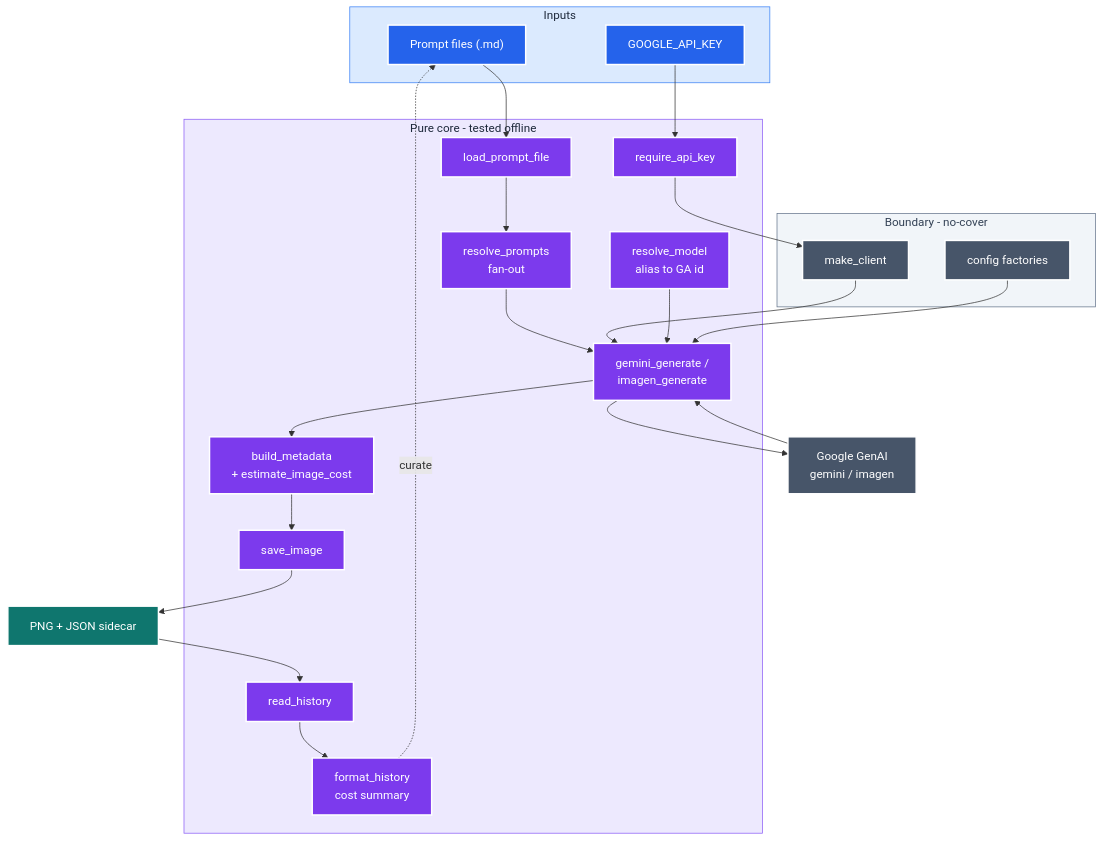
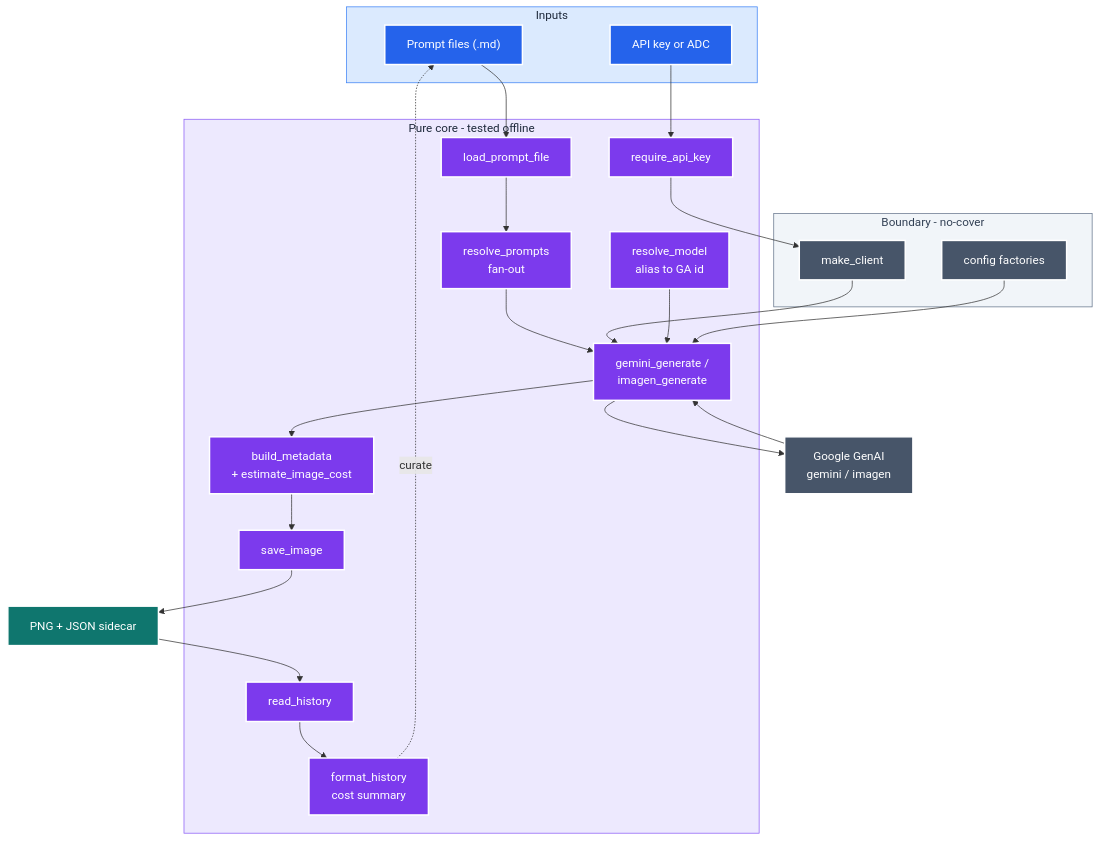
One commit to neozenith/agentic-dotfiles changed the second of 2 diagrams in skills/art-gen/README.md. Above: the diagram before and after it, drawn with Mermaid. The commit also changed other lines of this file and 18 other files, not shown here.

````diff
--- a/skills/art-gen/README.md
+++ b/skills/art-gen/README.md
@@ -91,42 +91,42 @@
 ```mermaid
 flowchart TD
     subgraph in["Inputs"]
         PF["Prompt files (.md)"]:::src
-        KEY["GOOGLE_API_KEY"]:::src
+        KEY["API key or ADC"]:::src
     end
     subgraph pure["Pure core - tested offline"]
         LP["load_prompt_file"]:::proc
         RP["resolve_prompts<br/>fan-out"]:::proc
         RM["resolve_model<br/>alias to GA id"]:::proc
         RK["require_api_key"]:::proc
         GG["gemini_generate /<br/>imagen_generate"]:::proc
         BM["build_metadata<br/>+ estimate_image_cost"]:::proc
         SI["save_image"]:::proc
         RH["read_history"]:::proc
         FH["format_history<br/>cost summary"]:::proc
     end
     subgraph bnd["Boundary - no-cover"]
         MC["make_client"]:::infra
         CF["config factories"]:::infra
     end
     API["Google GenAI<br/>gemini / imagen"]:::infra
     OUT["PNG + JSON sidecar"]:::data
     PF --> LP --> RP --> GG
     KEY --> RK --> MC --> GG
     RM --> GG
     CF --> GG
     GG --> API --> GG
     GG --> BM --> SI --> OUT
     OUT --> RH --> FH
     FH -. curate .-> PF
     classDef src fill:#2563eb,stroke:#fff,color:#fff,stroke-width:2px
     classDef proc fill:#7c3aed,stroke:#fff,color:#fff,stroke-width:2px
     classDef infra fill:#475569,stroke:#fff,color:#fff,stroke-width:2px
     classDef data fill:#0f766e,stroke:#fff,color:#fff,stroke-width:2px
     class in sgBlue
     class pure sgViolet
     class bnd sgSlate
     classDef sgBlue fill:#dbeafe,stroke:#3b82f6,color:#1e293b
     classDef sgViolet fill:#ede9fe,stroke:#8b5cf6,color:#1e293b
     classDef sgSlate fill:#f1f5f9,stroke:#64748b,color:#334155
 ```
````
